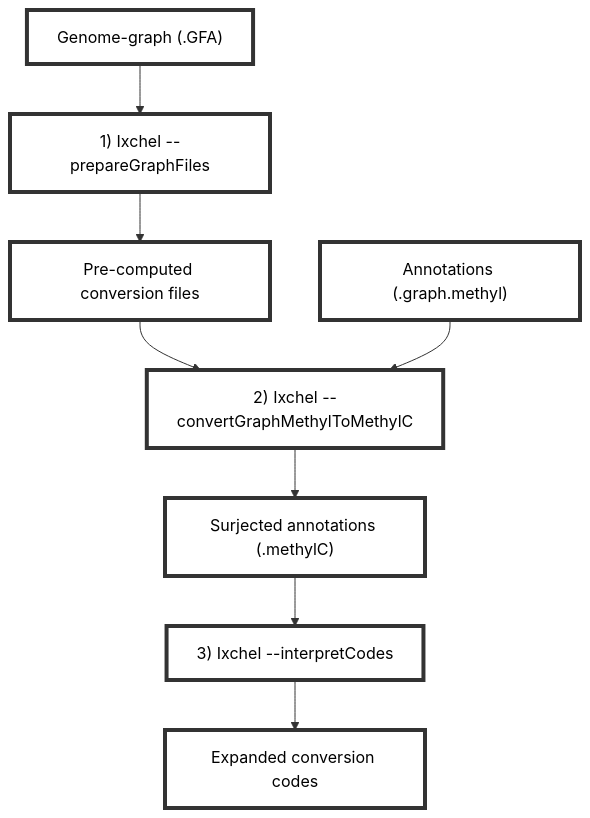
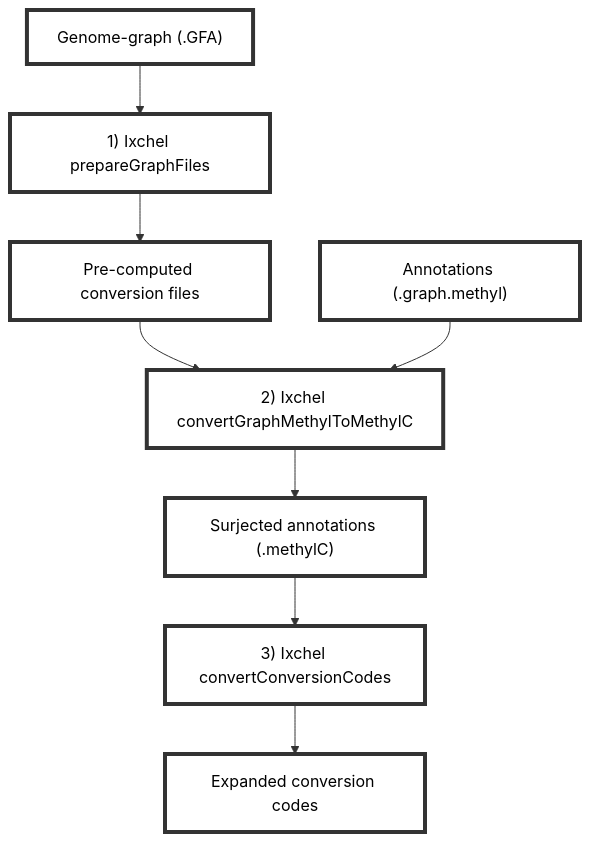
One commit to twlab/Ixchel changed the diagram in README.md. Above: the diagram before and after it, drawn with Mermaid.

Commit message:
Cleanup documentation

````diff
--- a/README.md
+++ b/README.md
@@ -8,12 +8,12 @@
 ```mermaid
 flowchart TB
-    Genomegraph["Genome-graph (.GFA)"] --> IxchelPrep["1) Ixchel --prepareGraphFiles"]
+    Genomegraph["Genome-graph (.GFA)"] --> IxchelPrep["1) Ixchel prepareGraphFiles"]
     IxchelPrep --> GraphFiles["Pre-computed conversion files"]
-    GraphFiles --> IxchelSurject["2) Ixchel --convertGraphMethylToMethylC"]
+    GraphFiles --> IxchelSurject["2) Ixchel convertGraphMethylToMethylC"]
     Annotations["Annotations (.graph.methyl)"] --> IxchelSurject
     IxchelSurject --> SurjectedAnnotations["Surjected annotations (.methylC)"]
-    SurjectedAnnotations --> IxchelInterpretCodes["3) Ixchel --interpretCodes"]
+    SurjectedAnnotations --> IxchelInterpretCodes["3) Ixchel convertConversionCodes"]
     IxchelInterpretCodes --> ExpandedCodes["Expanded conversion codes"]
     
     classDef default fill:#fff,stroke:#333,stroke-width:4px,color:black;
 ```
````
